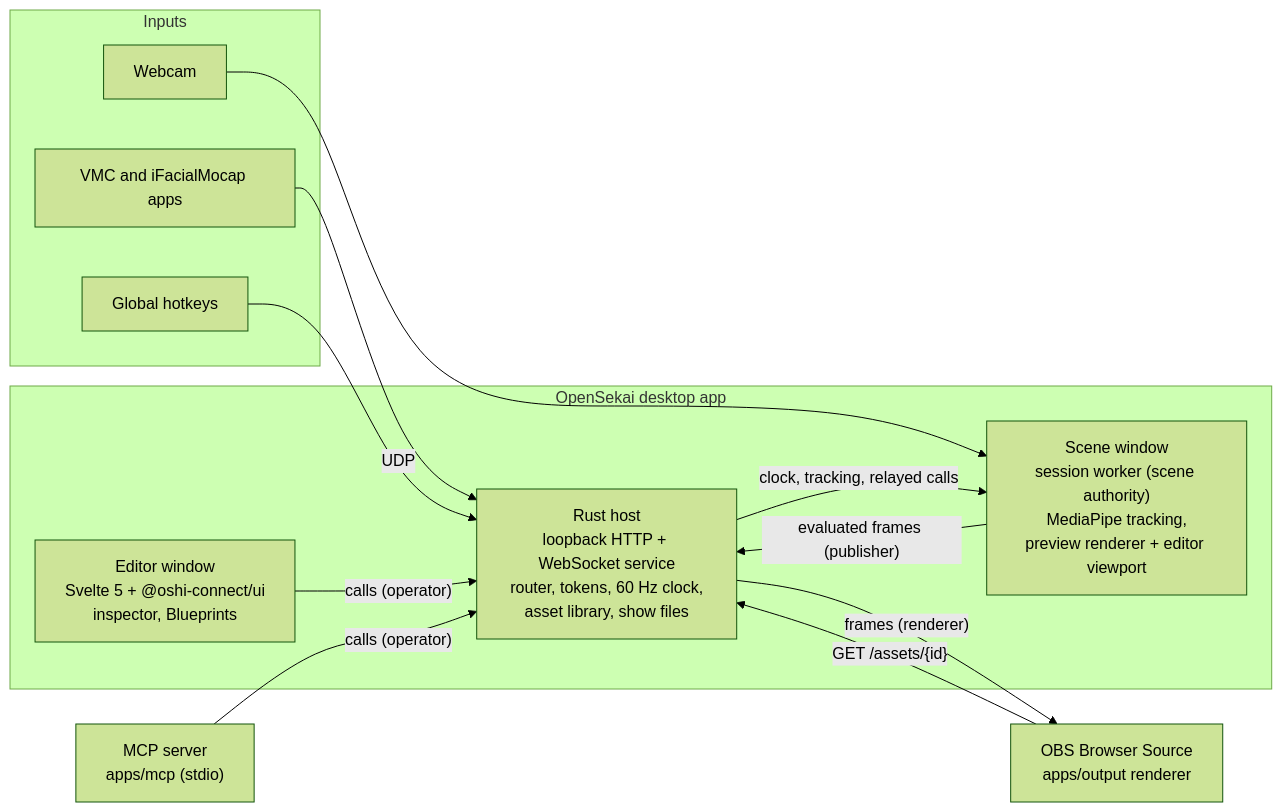
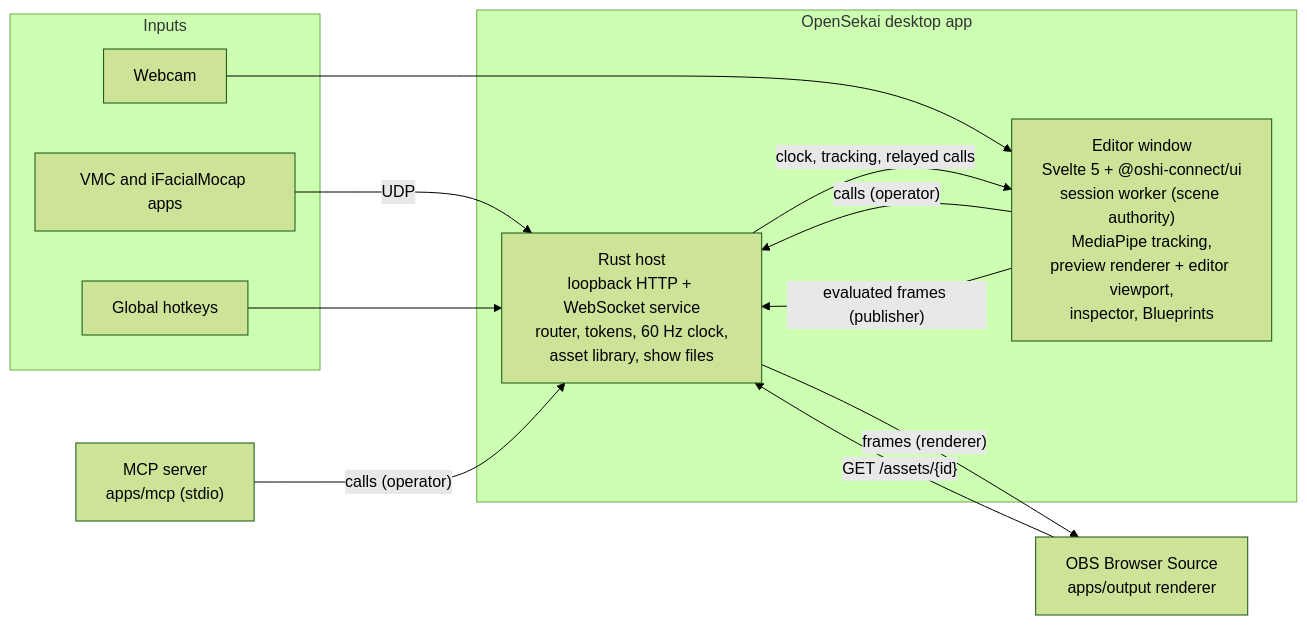
One commit to danirukun/opensekai changed the diagram in README.md. Above: the diagram before and after it, drawn with Mermaid (forest theme). The commit also changed other lines of this file and 4 other files, not shown here.

Commit message:
Describe the one editor window in the code map and the QA skills

````diff
--- a/README.md
+++ b/README.md
@@ -46,27 +46,26 @@
 ```mermaid
 flowchart LR
   subgraph inputs["Inputs"]
     Trackers["VMC and iFacialMocap apps"]
     Keys["Global hotkeys"]
     Webcam["Webcam"]
   end
 
   subgraph app["OpenSekai desktop app"]
     Host["Rust host<br/>loopback HTTP + WebSocket service<br/>router, tokens, 60 Hz clock,<br/>asset library, show files"]
-    Scene["Scene window<br/>session worker (scene authority)<br/>MediaPipe tracking,<br/>preview renderer + editor viewport"]
-    Editor["Editor window<br/>Svelte 5 + @oshi-connect/ui<br/>inspector, Blueprints"]
+    Editor["Editor window<br/>Svelte 5 + @oshi-connect/ui<br/>session worker (scene authority)<br/>MediaPipe tracking,<br/>preview renderer + editor viewport,<br/>inspector, Blueprints"]
   end
 
   MCP["MCP server<br/>apps/mcp (stdio)"]
   OBS["OBS Browser Source<br/>apps/output renderer"]
 
   Trackers -- UDP --> Host
   Keys --> Host
-  Webcam --> Scene
+  Webcam --> Editor
   Editor -- "calls (operator)" --> Host
   MCP -- "calls (operator)" --> Host
-  Host -- "clock, tracking, relayed calls" --> Scene
-  Scene -- "evaluated frames (publisher)" --> Host
+  Host -- "clock, tracking, relayed calls" --> Editor
+  Editor -- "evaluated frames (publisher)" --> Host
   Host -- "frames (renderer)" --> OBS
   OBS -- "GET /assets/{id}" --> Host
 ```
````
